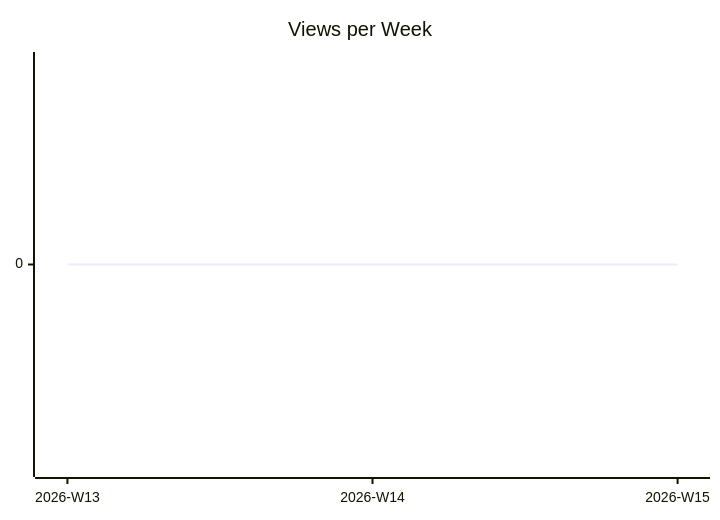
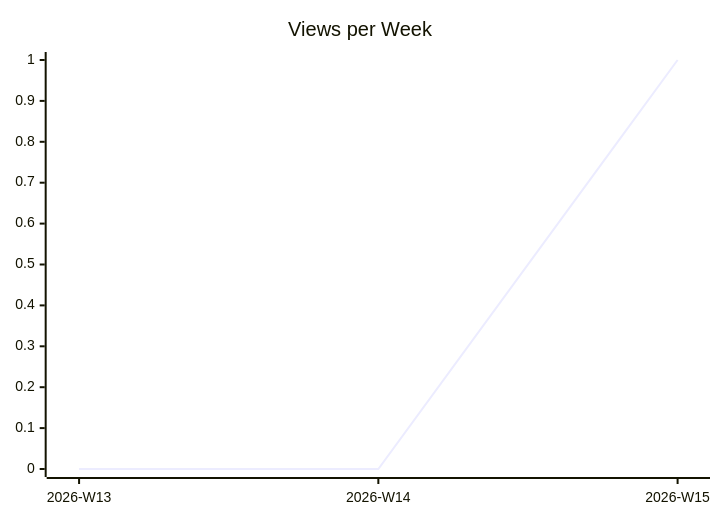
One commit to justdavis-family/github-analytics-data changed the second of 3 diagrams in karlmdavis/obsidian-operator/README.md. Above: the diagram before and after it, drawn with Mermaid. The commit also changed other lines of this file and 192 other files, not shown here.

````diff
--- a/karlmdavis/obsidian-operator/README.md
+++ b/karlmdavis/obsidian-operator/README.md
@@ -12,6 +12,6 @@
 ```mermaid
 xychart-beta
   title "Views per Week"
   x-axis ["2026-W13", "2026-W14", "2026-W15"]
-  line [0, 0, 0]
+  line [0, 0, 1]
 ```
````
